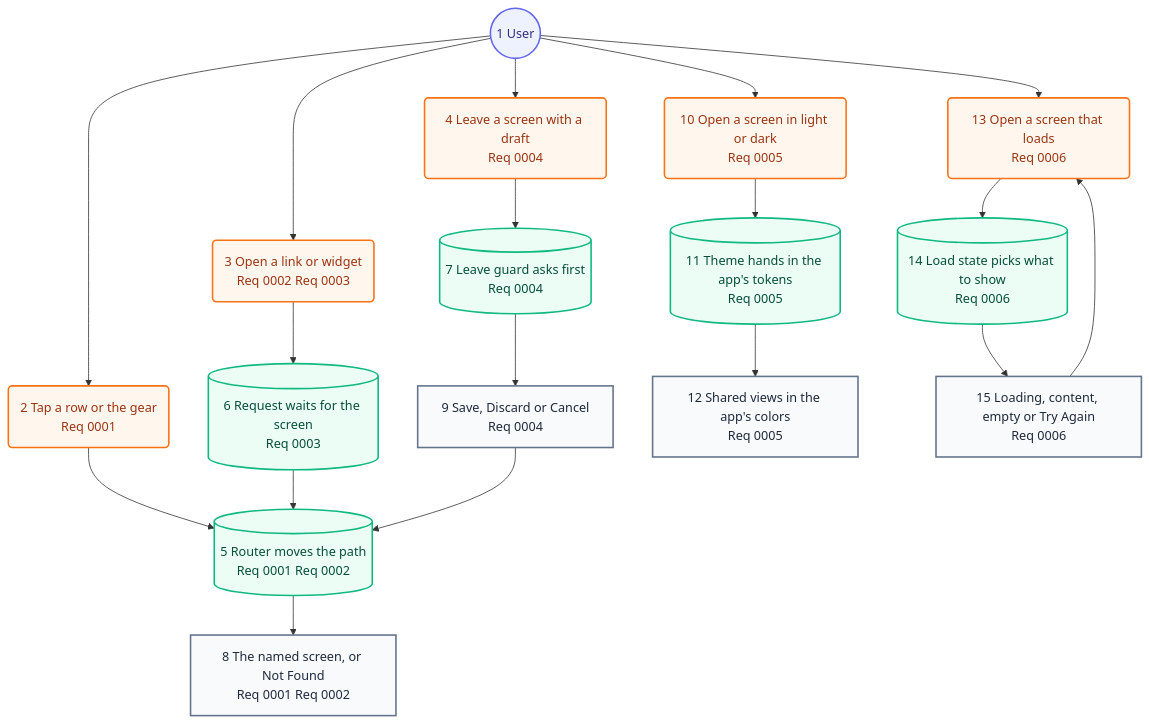
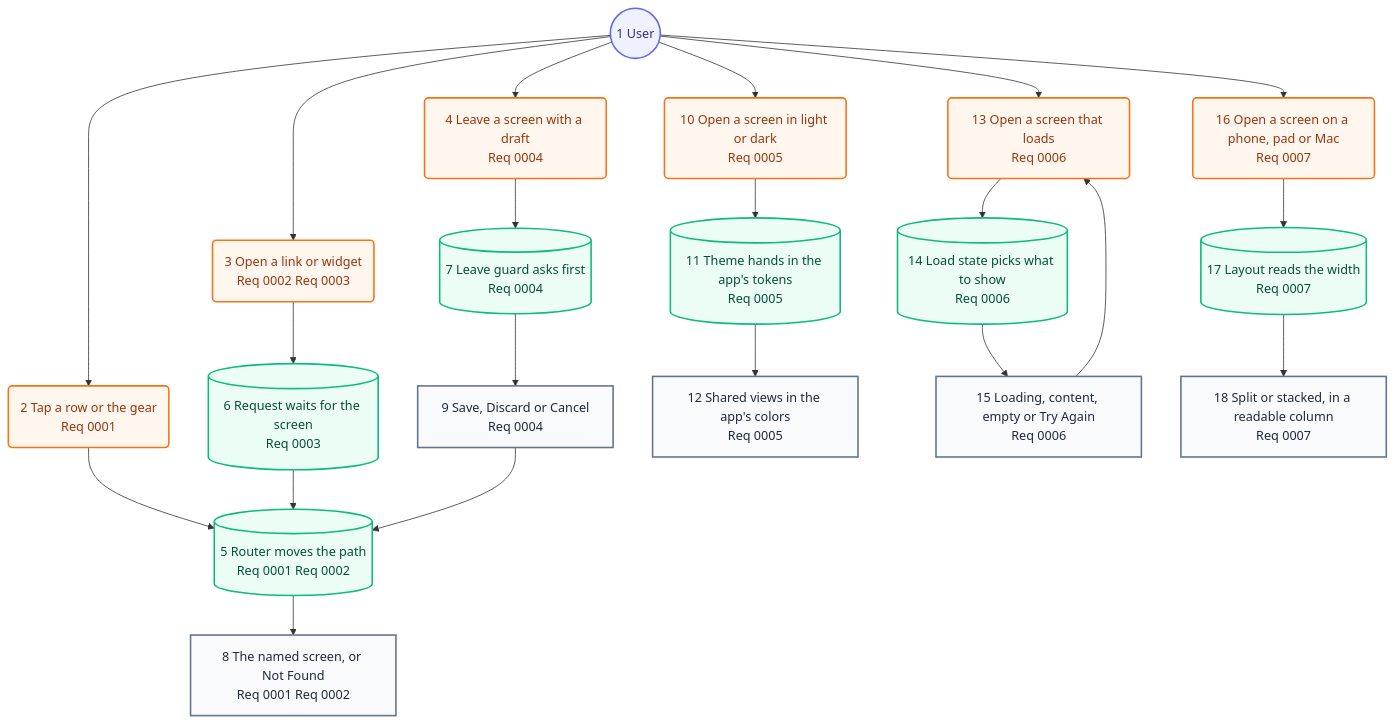
The second of 2 diagrams in docs/architecture/05-user-journey.md (may-journal/common-swift), drawn with Mermaid before and after one commit. The commit also changed other lines of this file and 13 other files, not shown here.

````diff
--- a/docs/architecture/05-user-journey.md
+++ b/docs/architecture/05-user-journey.md
@@ -31,41 +31,47 @@
 ```mermaid
 flowchart TB
     user((1 User)):::persona
     tap(2 Tap a row or the gear<br/>Req 0001):::action
     link(3 Open a link or widget<br/>Req 0002 Req 0003):::action
     leave(4 Leave a screen with a draft<br/>Req 0004):::action
     router[(5 Router moves the path<br/>Req 0001 Req 0002)]:::system
     held[(6 Request waits for the screen<br/>Req 0003)]:::system
     gate[(7 Leave guard asks first<br/>Req 0004)]:::system
     screen[8 The named screen, or Not Found<br/>Req 0001 Req 0002]:::screen
     prompt[9 Save, Discard or Cancel<br/>Req 0004]:::screen
     look(10 Open a screen in light or dark<br/>Req 0005):::action
     theme[(11 Theme hands in the app's tokens<br/>Req 0005)]:::system
     themed[12 Shared views in the app's colors<br/>Req 0005]:::screen
     load(13 Open a screen that loads<br/>Req 0006):::action
     states[(14 Load state picks what to show<br/>Req 0006)]:::system
     shown[15 Loading, content, empty or Try Again<br/>Req 0006]:::screen
+    width(16 Open a screen on a phone, pad or Mac<br/>Req 0007):::action
+    fit[(17 Layout reads the width<br/>Req 0007)]:::system
+    fitted[18 Split or stacked, in a readable column<br/>Req 0007]:::screen
 
     user --> tap
     user --> link
     user --> leave
     tap --> router
     link --> held
     held --> router
     router --> screen
     leave --> gate
     gate --> prompt
     prompt --> router
     user --> look
     look --> theme
     theme --> themed
     user --> load
     load --> states
     states --> shown
     shown --> load
+    user --> width
+    width --> fit
+    fit --> fitted
 
     classDef persona fill:#eef2ff,stroke:#6366f1,color:#312e81,stroke-width:2px
     classDef screen fill:#f8fafc,stroke:#64748b,color:#1e293b,stroke-width:2px
     classDef action fill:#fff7ed,stroke:#f97316,color:#9a3412,stroke-width:2px
     classDef system fill:#ecfdf5,stroke:#10b981,color:#064e3b,stroke-width:2px
 ```
````
